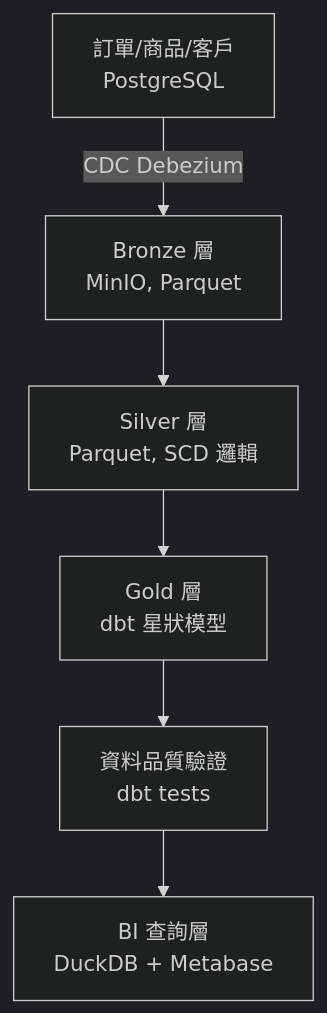
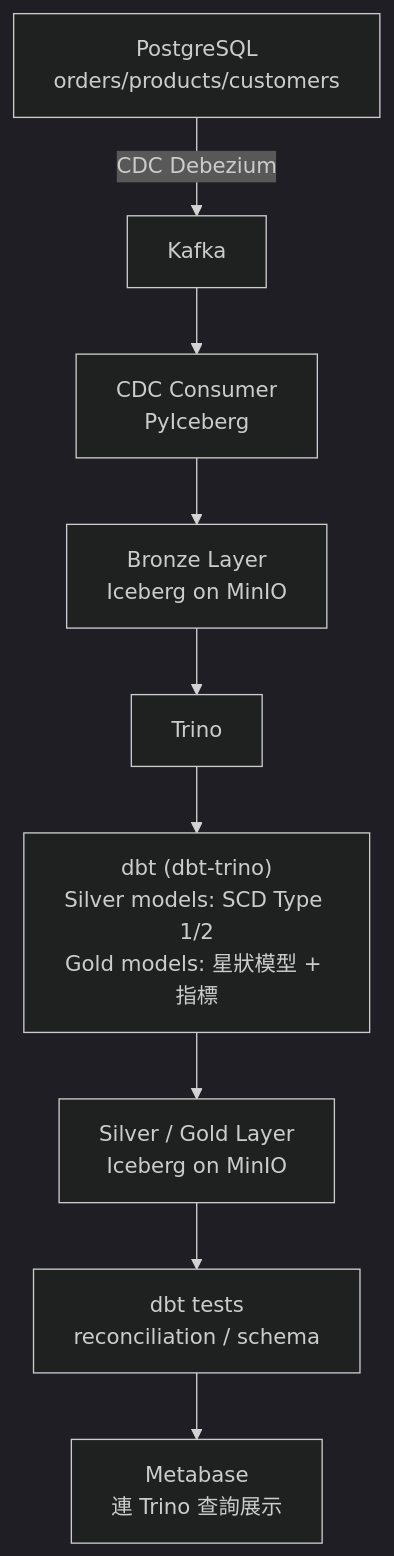
The diagram in README.md (Brady-Huang/ecommerce-data-warehouse), drawn with Mermaid (dark theme) before and after one commit. The commit also changed other lines of this file, not shown here.

````diff
--- a/README.md
+++ b/README.md
@@ -15,14 +9,18 @@
 ```mermaid
 flowchart TD
-    A["訂單/商品/客戶<br/>PostgreSQL"] -->|CDC Debezium| D
+    A["PostgreSQL<br/>orders/products/customers"] -->|CDC Debezium| B
+    B["Kafka"] --> C
+    C["CDC Consumer<br/>PyIceberg"] --> D
 
-    D["Bronze 層<br/>MinIO, Parquet"] --> E
+    D["Bronze Layer<br/>Iceberg on MinIO"] --> E
 
-    E["Silver 層<br/>Parquet, SCD 邏輯"] --> F
+    E["Trino"] --> F
 
-    F["Gold 層<br/>dbt 星狀模型"] --> G
+    F["dbt (dbt-trino)<br/>Silver models: SCD Type 1/2<br/>Gold models: 星狀模型 + 指標"] --> G
 
-    G["資料品質驗證<br/>dbt tests"] --> H
+    G["Silver / Gold Layer<br/>Iceberg on MinIO"] --> H
 
-    H["BI 查詢層<br/>DuckDB + Metabase"]
+    H["dbt tests<br/>reconciliation / schema"] --> I
+
+    I["Metabase<br/>連 Trino 查詢展示"]
 ```
````
